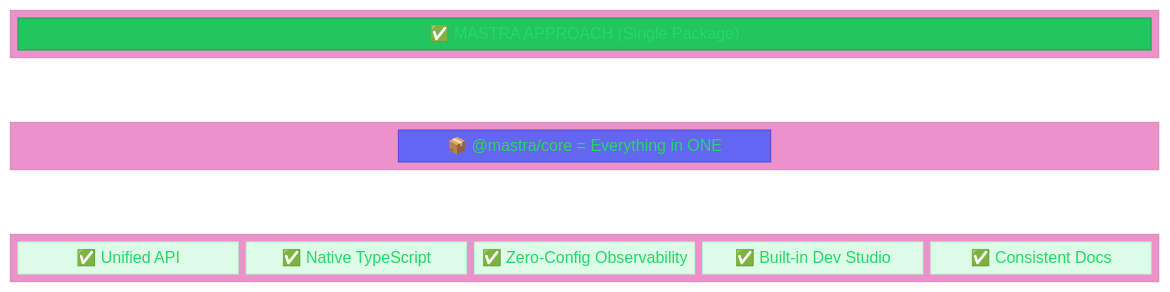
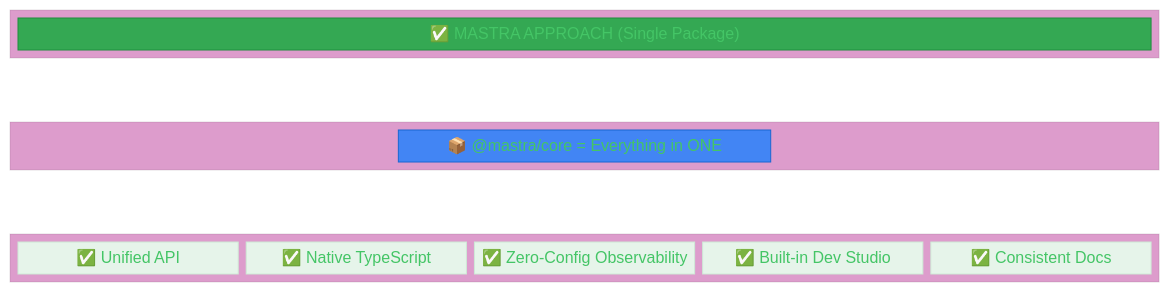
One commit to techyvenki/techie-venki-hub changed the third of 7 diagrams in docs/_posts/2025-01-31-mastra-ai-framework.md. Above: the diagram before and after it, drawn with Mermaid. The commit also changed other lines of this file, not shown here.

````diff
--- a/docs/_posts/2025-01-31-mastra-ai-framework.md
+++ b/docs/_posts/2025-01-31-mastra-ai-framework.md
@@ -144,35 +144,35 @@
 ```mermaid
-%%{init: {'theme': 'base', 'themeVariables': { 'primaryColor': '#22c55e', 'primaryTextColor': '#fff', 'primaryBorderColor': '#16a34a', 'lineColor': '#94a3b8'}}}%%
+%%{init: {'theme': 'base', 'themeVariables': { 'primaryColor': '#34A853', 'primaryTextColor': '#fff', 'primaryBorderColor': '#1E8E3E', 'lineColor': '#5F6368'}}}%%
 block-beta
     columns 5
     
     block:mastraHeader:5
         mastraTitle["✅ MASTRA APPROACH (Single Package)"]
     end
     
     space:5
     
     block:package:5
         space
         mastraCore["📦 @mastra/core = Everything in ONE"]
         space
     end
     
     space:5
     
     block:benefits:5
         benefit1["✅ Unified API"]
         benefit2["✅ Native TypeScript"]
         benefit3["✅ Zero-Config Observability"]
         benefit4["✅ Built-in Dev Studio"]
         benefit5["✅ Consistent Docs"]
     end
 
-    style mastraTitle fill:#22c55e,stroke:#16a34a,color:#fff
-    style mastraCore fill:#6366f1,stroke:#4f46e5,color:#fff
-    style benefit1 fill:#dcfce7,stroke:#bbf7d0,color:#166534
-    style benefit2 fill:#dcfce7,stroke:#bbf7d0,color:#166534
-    style benefit3 fill:#dcfce7,stroke:#bbf7d0,color:#166534
-    style benefit4 fill:#dcfce7,stroke:#bbf7d0,color:#166534
-    style benefit5 fill:#dcfce7,stroke:#bbf7d0,color:#166534
+    style mastraTitle fill:#34A853,stroke:#1E8E3E,color:#fff
+    style mastraCore fill:#4285F4,stroke:#1967D2,color:#fff
+    style benefit1 fill:#E6F4EA,stroke:#CEEAD6,color:#1E8E3E
+    style benefit2 fill:#E6F4EA,stroke:#CEEAD6,color:#1E8E3E
+    style benefit3 fill:#E6F4EA,stroke:#CEEAD6,color:#1E8E3E
+    style benefit4 fill:#E6F4EA,stroke:#CEEAD6,color:#1E8E3E
+    style benefit5 fill:#E6F4EA,stroke:#CEEAD6,color:#1E8E3E
 ```
````
